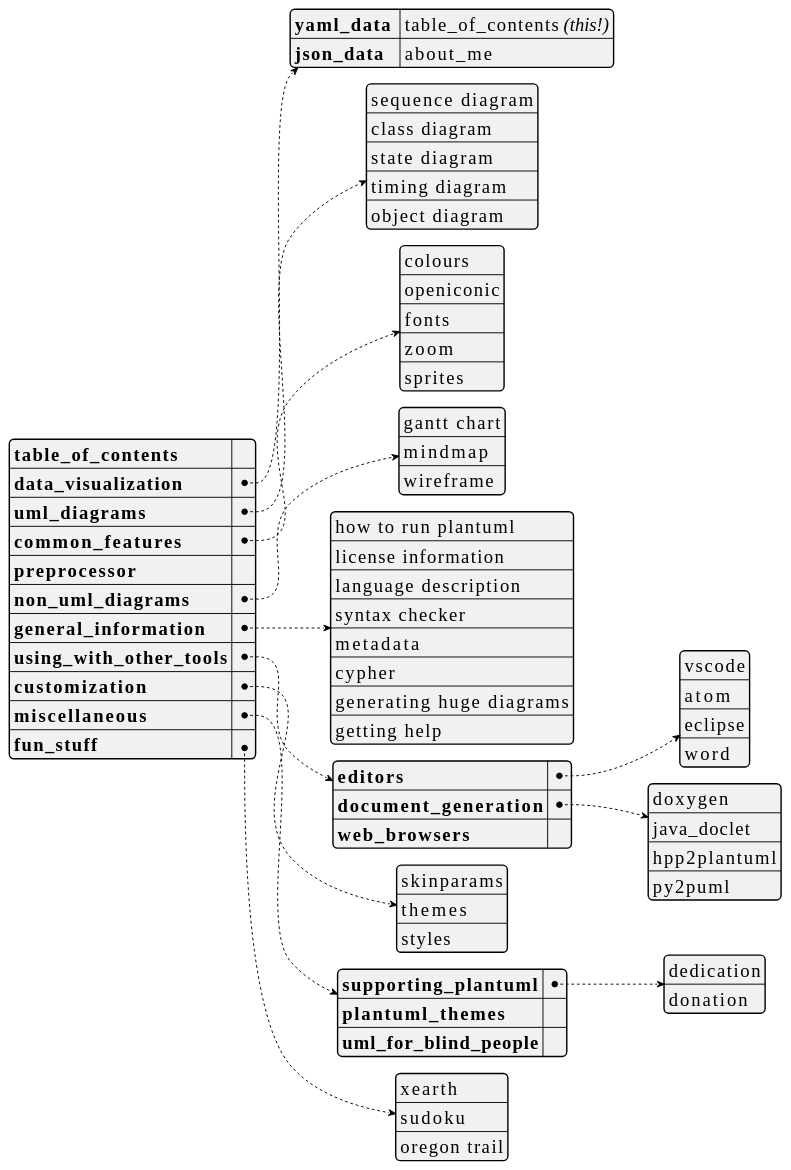
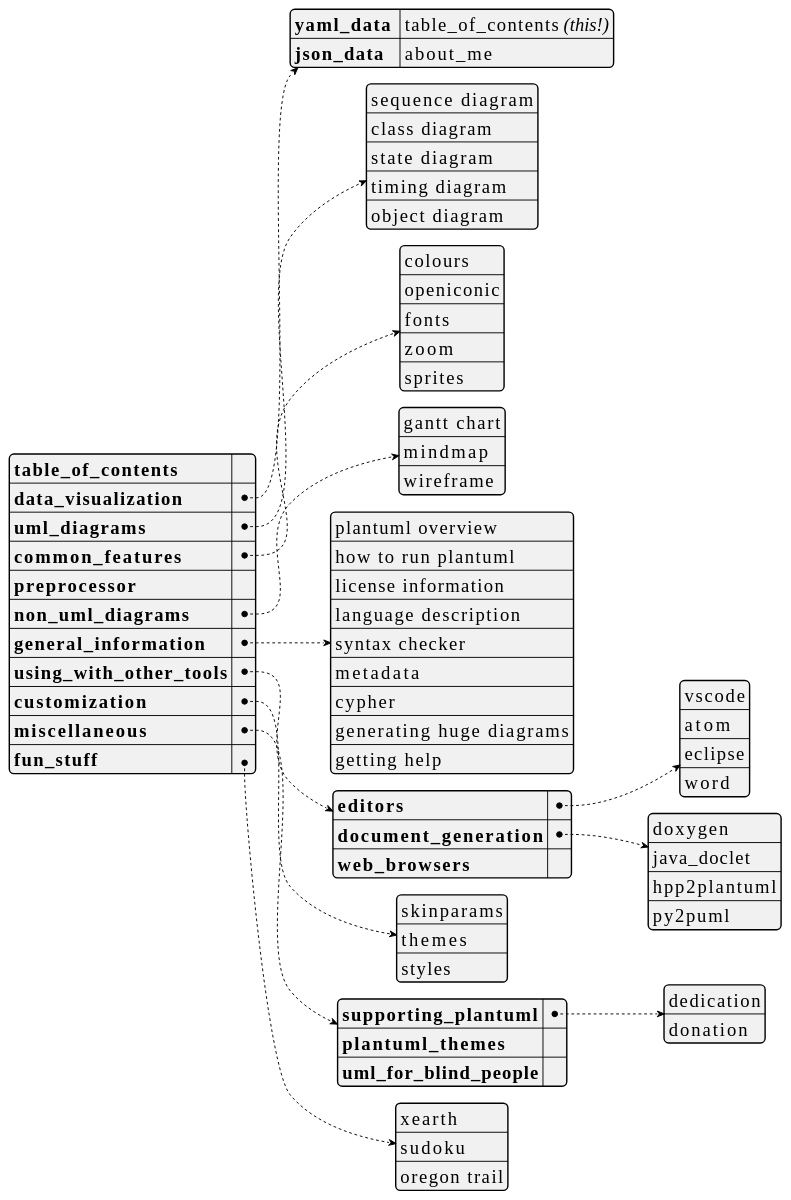
The first of 35 diagrams in plantuml_demo.md (dragondive/heavens-arena), drawn with PlantUML before and after one commit. The commit also changed other lines of this file, not shown here.

Commit message:
added general: plantuml overview

````diff
--- a/plantuml_demo.md
+++ b/plantuml_demo.md
@@ -27,79 +27,80 @@
 ```plantuml
 @startyaml
 <style>
 yamlDiagram {
     node {
         ' use a constant width font because that's what developers do.
         FontName Consolas
         FontSize 20
     }
 }
 </style>
 
 /'TODO:
 It would be cool to hyperlink the entries in the table_of_contents to the
 respective section in the document. Not only would it further accentuate the
 [Medium Awareness](https://tvtropes.org/pmwiki/pmwiki.php/Main/MediumAwareness)
 of this yaml document, but also augment the
 [Anachronic Order](https://tvtropes.org/pmwiki/pmwiki.php/Main/AnachronicOrder)
 of the outer markdown document.
 '/
 
 **table_of_contents**: ""  /' workaround: empty string here to avoid dummy link '/
 data_visualization:
     yaml_data : table_of_contents //(this!)//
     json_data : about_me
 uml_diagrams:
     - sequence diagram
     - class diagram
     - state diagram
     - timing diagram
     - object diagram
 common_features:
     - colours
     - openiconic
     - fonts
     - zoom
     - sprites
 preprocessor: ""
 non_uml_diagrams:
     - gantt chart
     - mindmap
     - wireframe
 general_information:
+    - plantuml overview
     - how to run plantuml
     - license information
     - language description
     - syntax checker
     - metadata
     - cypher
     - generating huge diagrams
     - getting help
 using_with_other_tools:
     editors:
         - vscode
         - atom
         - eclipse
         - word
     document_generation:
         - doxygen
         - java_doclet
         - hpp2plantuml
         - py2puml
     web_browsers: ""
 customization:
     - skinparams
     - themes
     - styles
 miscellaneous:
     supporting_plantuml:
         - dedication
         - donation
     plantuml_themes: ""
     uml_for_blind_people: ""
 fun_stuff:
     - xearth
     - sudoku
     - oregon trail
 @endyaml
 ```
````
